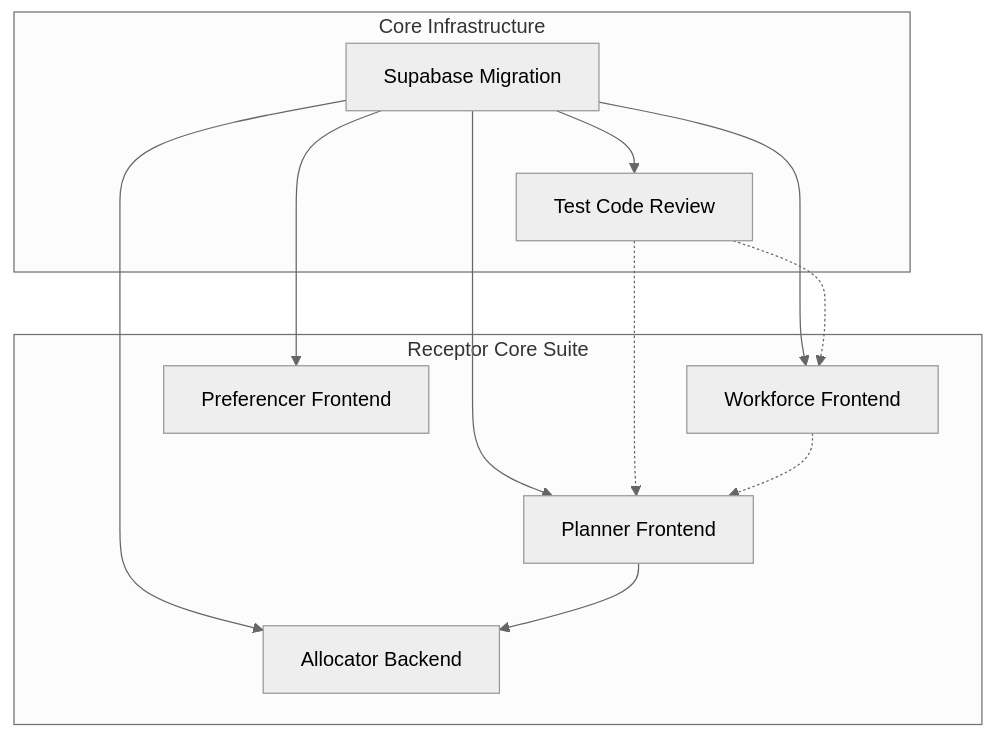
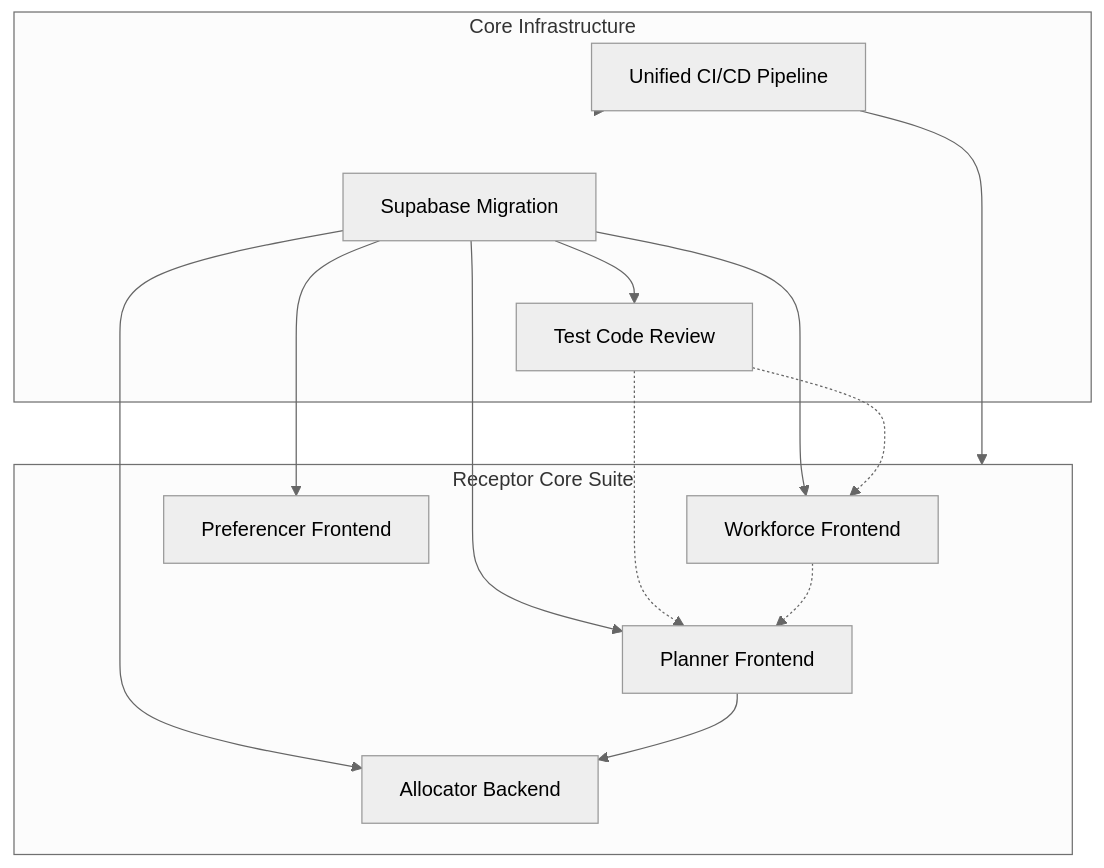
One commit to dm-ra-01/doco-receptor-ecosystem changed the diagram in docs/projects/overview.md. Above: the diagram before and after it, drawn with Mermaid (neutral theme). The commit also changed other lines of this file and 4 other files, not shown here.

Commit message:
docs: add Unified CI/CD Pipeline roadmap and update projects overview

````diff
--- a/docs/projects/overview.md
+++ b/docs/projects/overview.md
@@ -28,24 +29,27 @@
 ```mermaid
 flowchart TD
     subgraph Infrastructure["Core Infrastructure"]
         P1["Supabase Migration"]
         P2["Test Code Review"]
+        P6["Unified CI/CD Pipeline"]
     end
     
     subgraph CoreSuite["Receptor Core Suite"]
         P3A["Planner Frontend"]
         P3B["Workforce Frontend"]
         P4["Preferencer Frontend"]
         P5["Allocator Backend"]
     end
     
     P1 --> P2
+    P6 --> Infrastructure
+    P6 --> CoreSuite
     P1 --> P3A
     P1 --> P3B
     P1 --> P4
     P1 --> P5
     P2 -.-> P3A
     P2 -.-> P3B
     P3A --> P5
     P3B -.-> P3A
 ```
````
